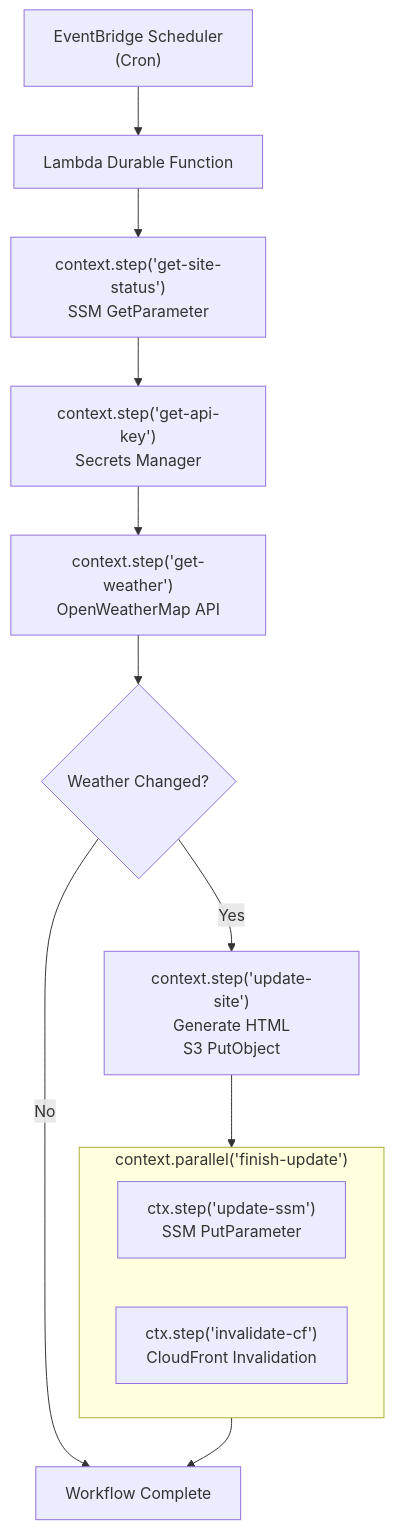
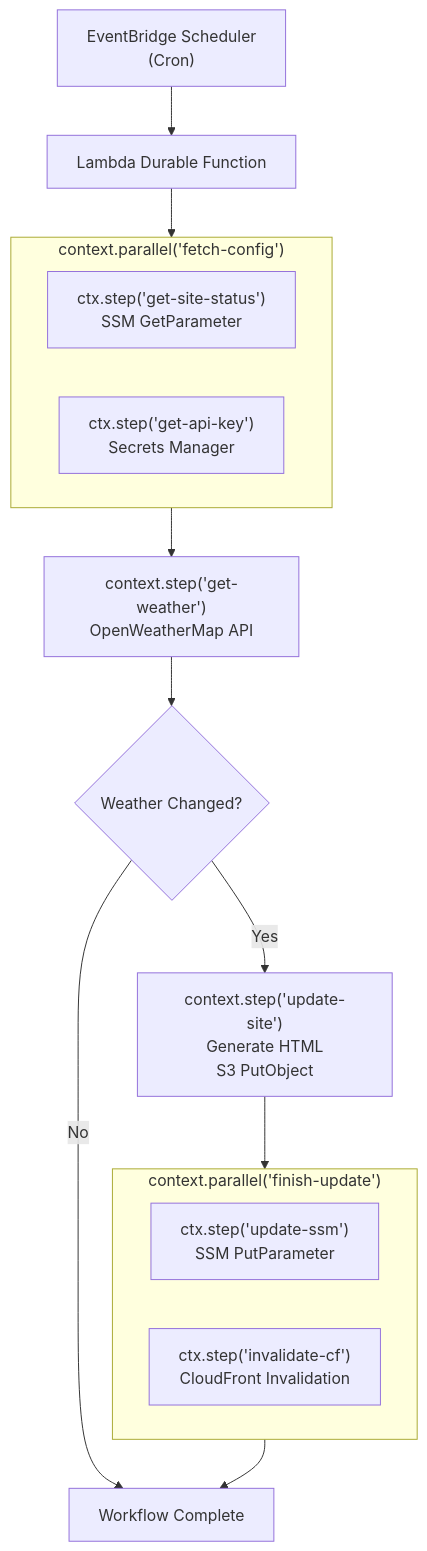
The diagram in README.md (TrickSumo/durable-function-weather-site), drawn with Mermaid before and after one commit.

Commit message:
Refactor flowchart structure in README.md

````diff
--- a/README.md
+++ b/README.md
@@ -41,27 +41,30 @@
 ```mermaid
 flowchart TD
 
     Scheduler["EventBridge Scheduler<br/>(Cron)"]
     Durable["Lambda Durable Function"]
-    GetStatus["context.step('get-site-status')<br/>SSM GetParameter"]
-    GetApiKey["context.step('get-api-key')<br/>Secrets Manager"]
     GetWeather["context.step('get-weather')<br/>OpenWeatherMap API"]
     Decision{"Weather Changed?"}
     UpdateSite["context.step('update-site')<br/>Generate HTML<br/>S3 PutObject"]
     End["Workflow Complete"]
 
-   subgraph FinishUpdate["context.parallel('finish-update')"]
+    subgraph FetchConfig["context.parallel('fetch-config')"]
+        GetStatus["ctx.step('get-site-status')<br/>SSM GetParameter"]
+        GetApiKey["ctx.step('get-api-key')<br/>Secrets Manager"]
+    end
+
+    subgraph FinishUpdate["context.parallel('finish-update')"]
         UpdateSSM["ctx.step('update-ssm')<br/>SSM PutParameter"]
         InvalidateCF["ctx.step('invalidate-cf')<br/>CloudFront Invalidation"]
     end
 
     Scheduler --> Durable
-    Durable --> GetStatus
-    GetStatus --> GetApiKey
-    GetApiKey --> GetWeather
+    Durable --> FetchConfig
+    FetchConfig --> GetWeather
     GetWeather --> Decision
     Decision -- No --> End
     Decision -- Yes --> UpdateSite
-    UpdateSite -->  FinishUpdate
-    FinishUpdate--> End
+    UpdateSite --> FinishUpdate
+    FinishUpdate --> End
+
 ```
````
